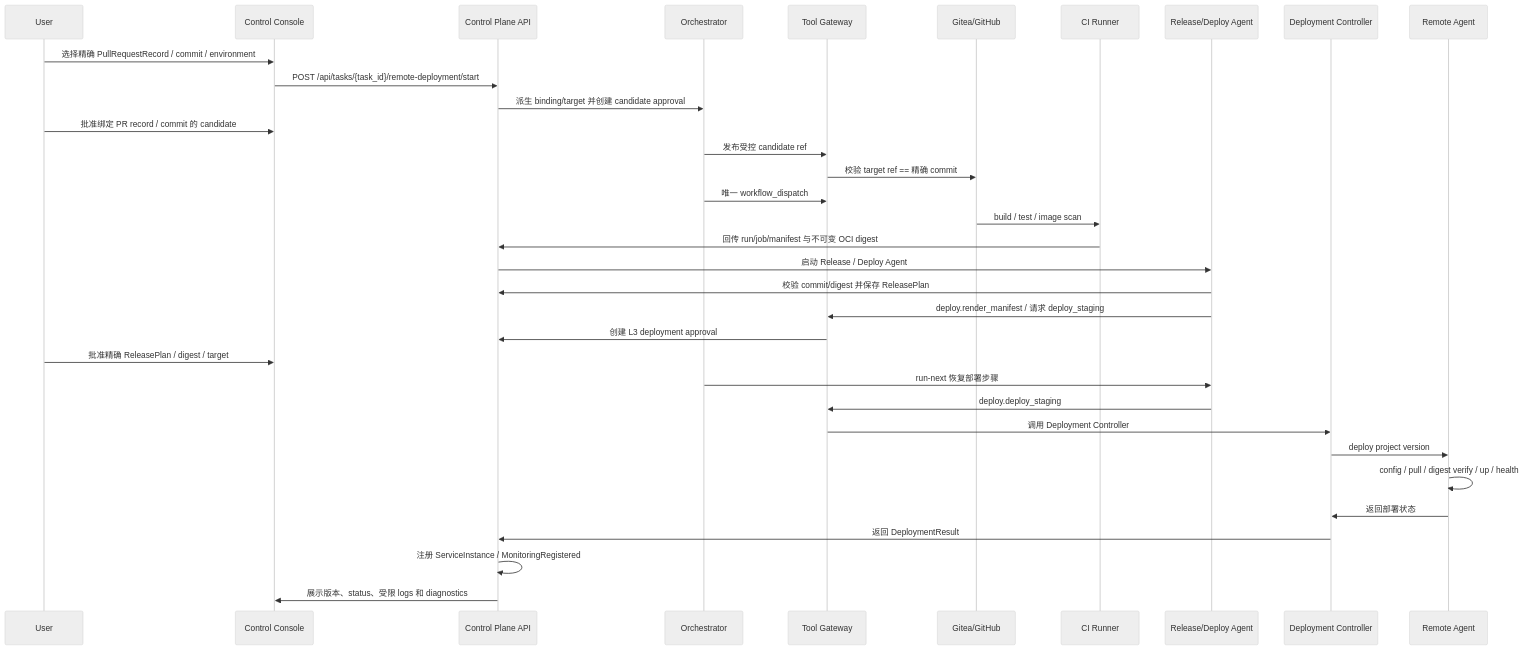
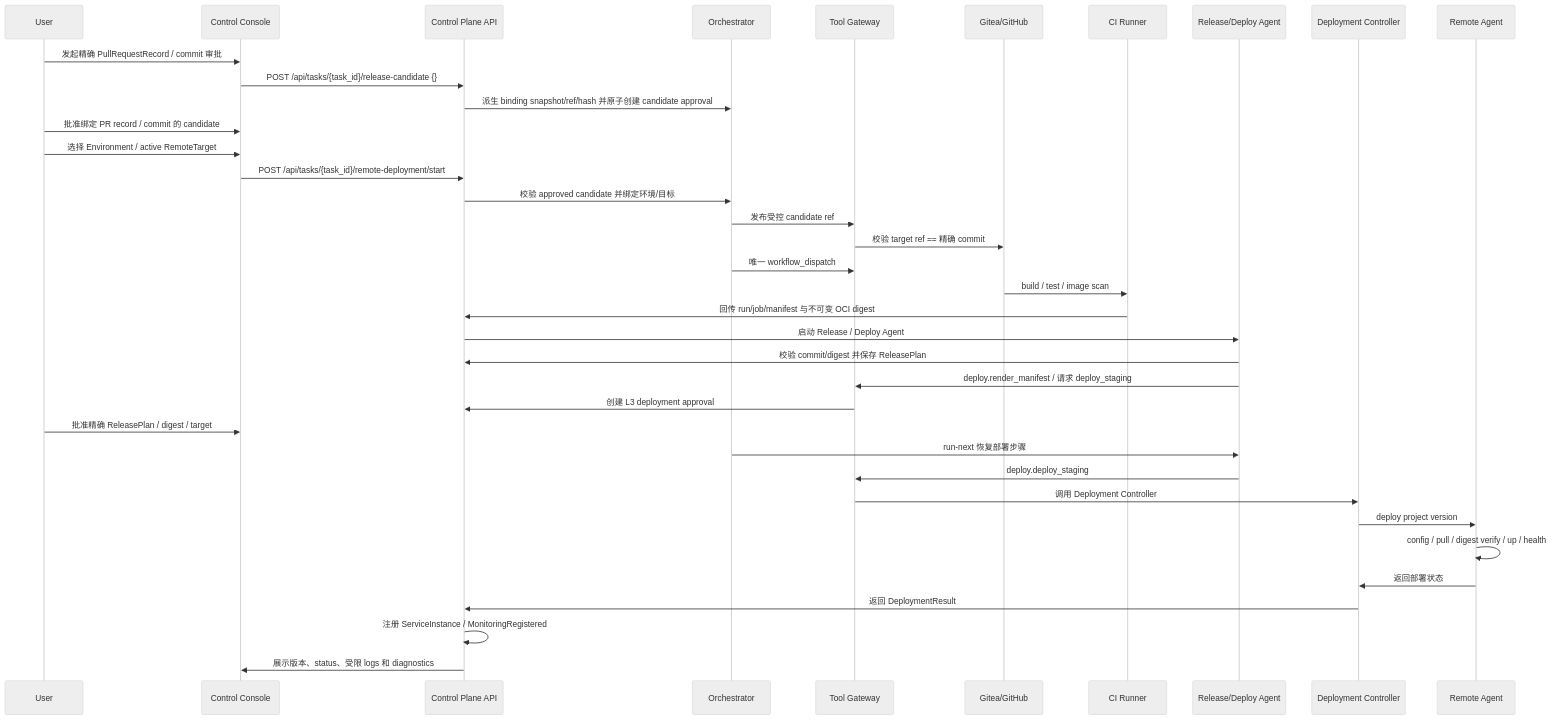
Before and after one commit to ChaceQC/CloudHelm: the diagram in docs/06-workflows/01-pr-to-remote-deploy.md, drawn with Mermaid (neutral theme). The commit also changed other lines of this file and 20 other files, not shown here.

````diff
--- a/docs/06-workflows/01-pr-to-remote-deploy.md
+++ b/docs/06-workflows/01-pr-to-remote-deploy.md
@@ -22,37 +22,40 @@
 ```mermaid
 sequenceDiagram
     participant U as User
     participant C as Control Console
     participant API as Control Plane API
     participant O as Orchestrator
     participant T as Tool Gateway
     participant G as Gitea/GitHub
     participant CI as CI Runner
     participant RA as Release/Deploy Agent
     participant D as Deployment Controller
     participant R as Remote Agent
 
-    U->>C: 选择精确 PullRequestRecord / commit / environment
+    U->>C: 发起精确 PullRequestRecord / commit 审批
+    C->>API: POST /api/tasks/{task_id}/release-candidate {}
+    API->>O: 派生 binding snapshot/ref/hash 并原子创建 candidate approval
+    U->>C: 批准绑定 PR record / commit 的 candidate
+    U->>C: 选择 Environment / active RemoteTarget
     C->>API: POST /api/tasks/{task_id}/remote-deployment/start
-    API->>O: 派生 binding/target 并创建 candidate approval
-    U->>C: 批准绑定 PR record / commit 的 candidate
+    API->>O: 校验 approved candidate 并绑定环境/目标
     O->>T: 发布受控 candidate ref
     T->>G: 校验 target ref == 精确 commit
     O->>T: 唯一 workflow_dispatch
     G->>CI: build / test / image scan
     CI->>API: 回传 run/job/manifest 与不可变 OCI digest
     API->>RA: 启动 Release / Deploy Agent
     RA->>API: 校验 commit/digest 并保存 ReleasePlan
     RA->>T: deploy.render_manifest / 请求 deploy_staging
     T->>API: 创建 L3 deployment approval
     U->>C: 批准精确 ReleasePlan / digest / target
     O->>RA: run-next 恢复部署步骤
     RA->>T: deploy.deploy_staging
     T->>D: 调用 Deployment Controller
     D->>R: deploy project version
     R->>R: config / pull / digest verify / up / health
     R->>D: 返回部署状态
     D->>API: 返回 DeploymentResult
     API->>API: 注册 ServiceInstance / MonitoringRegistered
     API->>C: 展示版本、status、受限 logs 和 diagnostics
 ```
````
